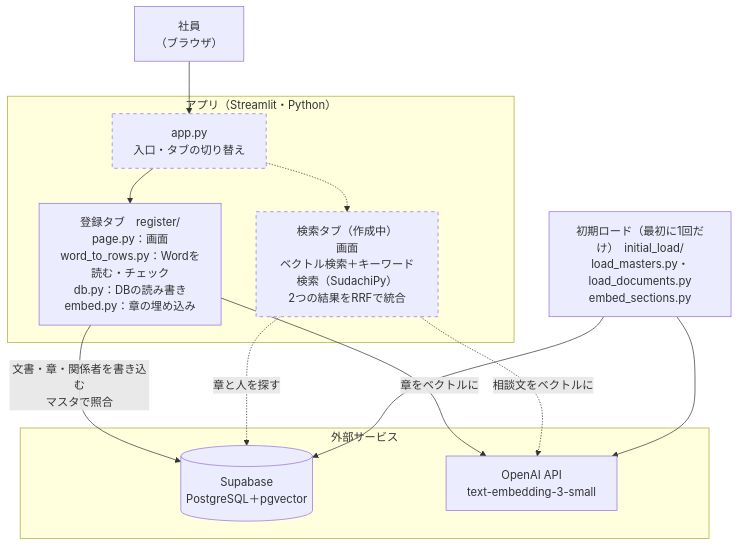
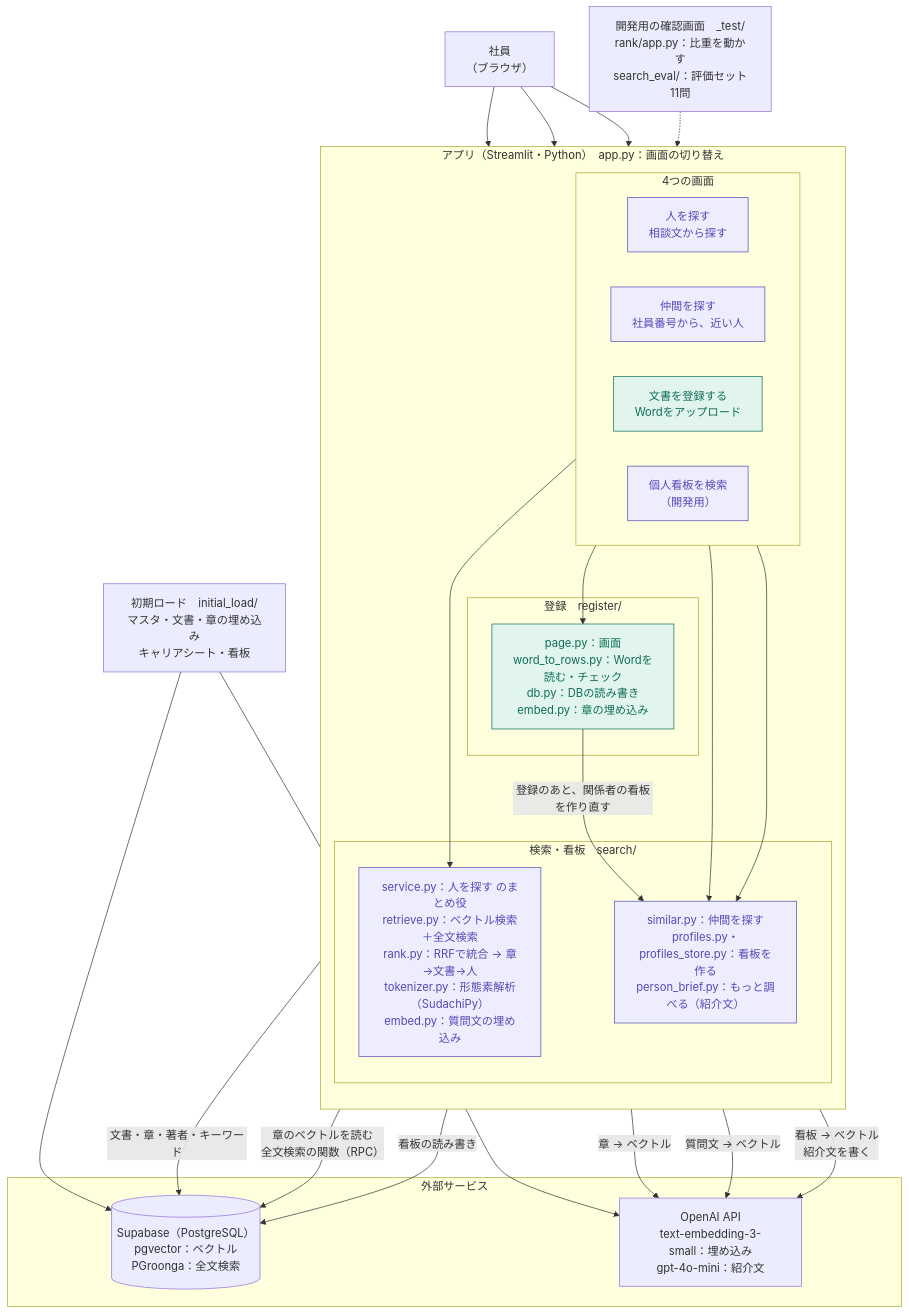
The diagram in docs/architecture.md (emon0415/DATA-TRIANGLE_261013), drawn with Mermaid before and after one commit. The commit also changed other lines of this file and 2 other files, not shown here.

Commit message:
構成図を作り直す：DB v5、検索・仲間を探す・看板・もっと調べるを反映（architecture.md、data_flow.md、architecture.drawio）

````diff
--- a/docs/architecture.md
+++ b/docs/architecture.md
@@ -13,32 +13,51 @@
 ```mermaid
 flowchart TB
     USER["社員<br>（ブラウザ）"]
 
-    subgraph APP["アプリ（Streamlit・Python）"]
-        MAIN["app.py<br>入口・タブの切り替え"]
-        REG["登録タブ　register/<br>page.py：画面<br>word_to_rows.py：Wordを読む・チェック<br>db.py：DBの読み書き<br>embed.py：章の埋め込み"]
-        SEARCH["検索タブ（作成中）<br>画面<br>ベクトル検索＋キーワード検索（SudachiPy）<br>2つの結果をRRFで統合"]
+    subgraph APP["アプリ（Streamlit・Python）　app.py：画面の切り替え"]
+        direction TB
+        subgraph SCREENS["4つの画面"]
+            direction LR
+            P1["人を探す<br>相談文から探す"]
+            P2["仲間を探す<br>社員番号から、近い人"]
+            P3["文書を登録する<br>Wordをアップロード"]
+            P4["個人看板を検索<br>（開発用）"]
+        end
+        subgraph REG["登録　register/"]
+            R1["page.py：画面<br>word_to_rows.py：Wordを読む・チェック<br>db.py：DBの読み書き<br>embed.py：章の埋め込み"]
+        end
+        subgraph SRCH["検索・看板　search/"]
+            S1["service.py：人を探す のまとめ役<br>retrieve.py：ベクトル検索＋全文検索<br>rank.py：RRFで統合 → 章→文書→人<br>tokenizer.py：形態素解析（SudachiPy）<br>embed.py：質問文の埋め込み"]
+            S2["similar.py：仲間を探す<br>profiles.py・profiles_store.py：看板を作る<br>person_brief.py：もっと調べる（紹介文）"]
+        end
     end
 
     subgraph EXT["外部サービス"]
-        SUPA[("Supabase<br>PostgreSQL＋pgvector")]
-        OPENAI["OpenAI API<br>text-embedding-3-small"]
+        SUPA[("Supabase（PostgreSQL）<br>pgvector：ベクトル<br>PGroonga：全文検索")]
+        OPENAI["OpenAI API<br>text-embedding-3-small：埋め込み<br>gpt-4o-mini：紹介文"]
     end
 
-    BATCH["初期ロード（最初に1回だけ）　initial_load/<br>load_masters.py・load_documents.py<br>embed_sections.py"]
+    BATCH["初期ロード　initial_load/<br>マスタ・文書・章の埋め込み<br>キャリアシート・看板"]
+    DEV["開発用の確認画面　_test/<br>rank/app.py：比重を動かす<br>search_eval/：評価セット11問"]
 
-    USER --> MAIN
-    MAIN --> REG
-    MAIN -.-> SEARCH
-
-    REG -- "文書・章・関係者を書き込む<br>マスタで照合" --> SUPA
-    REG -- "章をベクトルに" --> OPENAI
-    SEARCH -. "章と人を探す" .-> SUPA
-    SEARCH -. "相談文をベクトルに" .-> OPENAI
-
+    USER --> P1 & P2 & P3
+    P1 --> S1
+    P2 --> S2
+    P4 --> S2
+    P3 --> R1
+    R1 -- "登録のあと、関係者の看板を作り直す" --> S2
+    R1 -- "文書・章・著者・キーワード" --> SUPA
+    R1 -- "章 → ベクトル" --> OPENAI
+    S1 -- "章のベクトルを読む<br>全文検索の関数（RPC）" --> SUPA
+    S1 -- "質問文 → ベクトル" --> OPENAI
+    S2 -- "看板の読み書き" --> SUPA
+    S2 -- "看板 → ベクトル<br>紹介文を書く" --> OPENAI
     BATCH --> SUPA
     BATCH --> OPENAI
+    DEV -.-> S1
 
-    classDef todo stroke-dasharray: 5 5
-    class MAIN,SEARCH todo
+    classDef reg fill:#E1F5EE,stroke:#0F6E56,color:#0F6E56
+    classDef srch fill:#EEEDFE,stroke:#534AB7,color:#534AB7
+    class P3,R1 reg
+    class P1,P2,P4,S1,S2 srch
 ```
````
